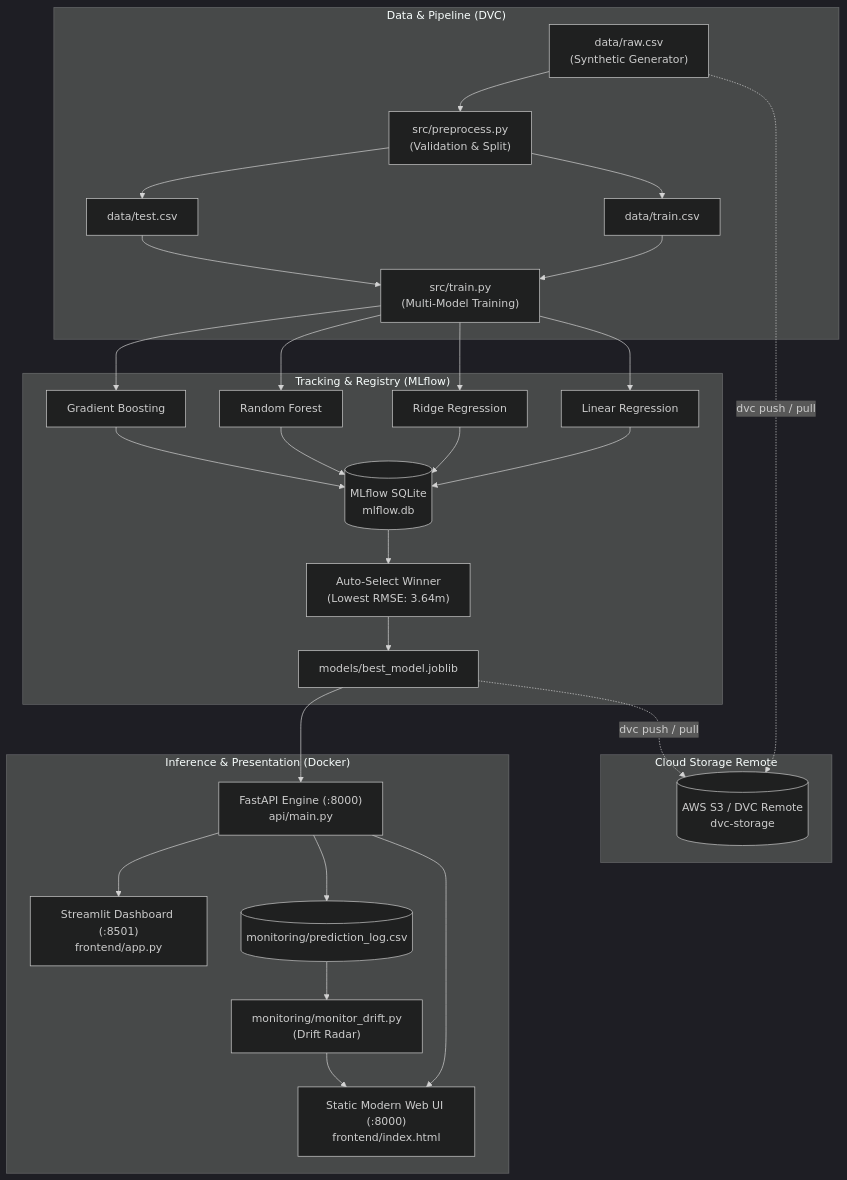
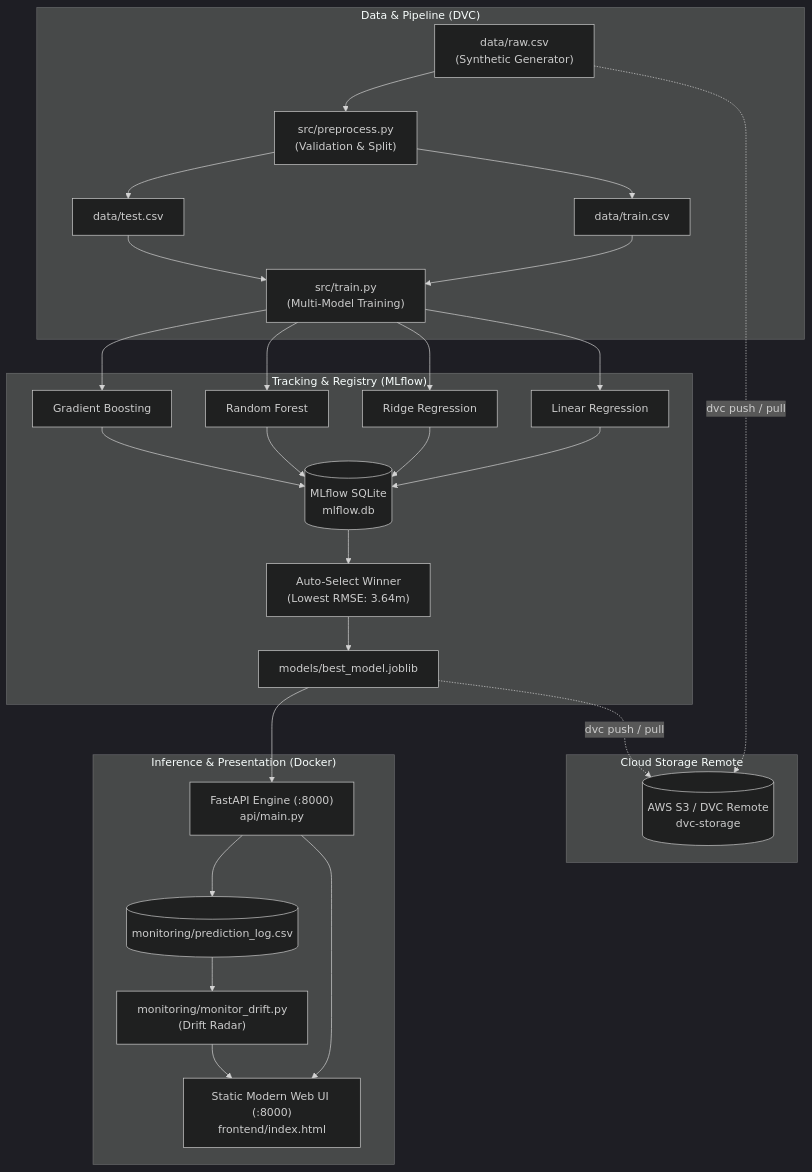
One commit to riddhimk/DeliverAI changed the first of 2 diagrams in README.md. Above: the diagram before and after it, drawn with Mermaid (dark theme). The commit also changed other lines of this file and 4 other files, not shown here.

Commit message:
refactor: remove streamlit and streamline to unified static web frontend

````diff
--- a/README.md
+++ b/README.md
@@ -17,34 +17,33 @@
 ```mermaid
 flowchart TD
     subgraph Data & Pipeline Versioning ["Data & Pipeline (DVC)"]
         Raw["data/raw.csv<br/>(Synthetic Generator)"] --> Pre["src/preprocess.py<br/>(Validation & Split)"]
         Pre --> TrainSplit["data/train.csv"]
         Pre --> TestSplit["data/test.csv"]
         TrainSplit --> Train["src/train.py<br/>(Multi-Model Training)"]
         TestSplit --> Train
     end
 
     subgraph Experiment Tracking ["Tracking & Registry (MLflow)"]
         Train --> M1["Linear Regression"]
         Train --> M2["Ridge Regression"]
         Train --> M3["Random Forest"]
         Train --> M4["Gradient Boosting"]
         M1 & M2 & M3 & M4 --> MLflowDB[("MLflow SQLite<br/>mlflow.db")]
         MLflowDB --> BestSel["Auto-Select Winner<br/>(Lowest RMSE: 3.64m)"]
         BestSel --> BestModel["models/best_model.joblib"]
     end
 
     subgraph Remote Storage ["Cloud Storage Remote"]
         Raw -. "dvc push / pull" .-> S3Storage[("AWS S3 / DVC Remote<br/>dvc-storage")]
         BestModel -. "dvc push / pull" .-> S3Storage
     end
 
     subgraph Serving & UI ["Inference & Presentation (Docker)"]
         BestModel --> FastAPI["FastAPI Engine (:8000)<br/>api/main.py"]
         FastAPI --> WebUI["Static Modern Web UI (:8000)<br/>frontend/index.html"]
-        FastAPI --> StreamlitUI["Streamlit Dashboard (:8501)<br/>frontend/app.py"]
         FastAPI --> DriftLog[("monitoring/prediction_log.csv")]
         DriftLog --> DriftMonitor["monitoring/monitor_drift.py<br/>(Drift Radar)"]
         DriftMonitor --> WebUI
     end
 ```
````
